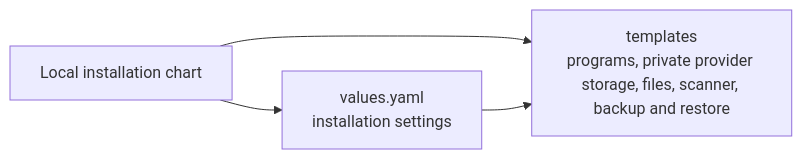
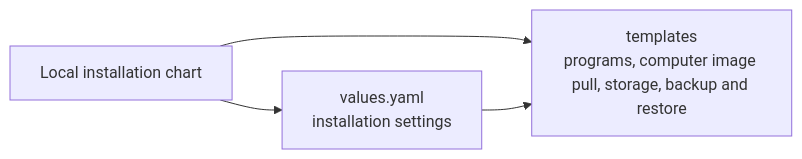
The diagram in infra/package/chart/templates/README.md (elewa-git/opencrane-new), drawn with Mermaid before and after one commit. The commit also changed other lines of this file and 26 other files, not shown here.

First line of the commit message:
⚡ Pull the computer image before the package starts (#1197)

````diff
--- a/infra/package/chart/templates/README.md
+++ b/infra/package/chart/templates/README.md
@@ -55,6 +56,6 @@
 ```mermaid
 flowchart LR
-  chart["Local installation chart"] --> templates["templates<br/>programs, private provider storage, files, scanner, backup and restore"]
+  chart["Local installation chart"] --> templates["templates<br/>programs, computer image pull, storage, backup and restore"]
   chart --> values["values.yaml<br/>installation settings"]
   values --> templates
 ```
````
